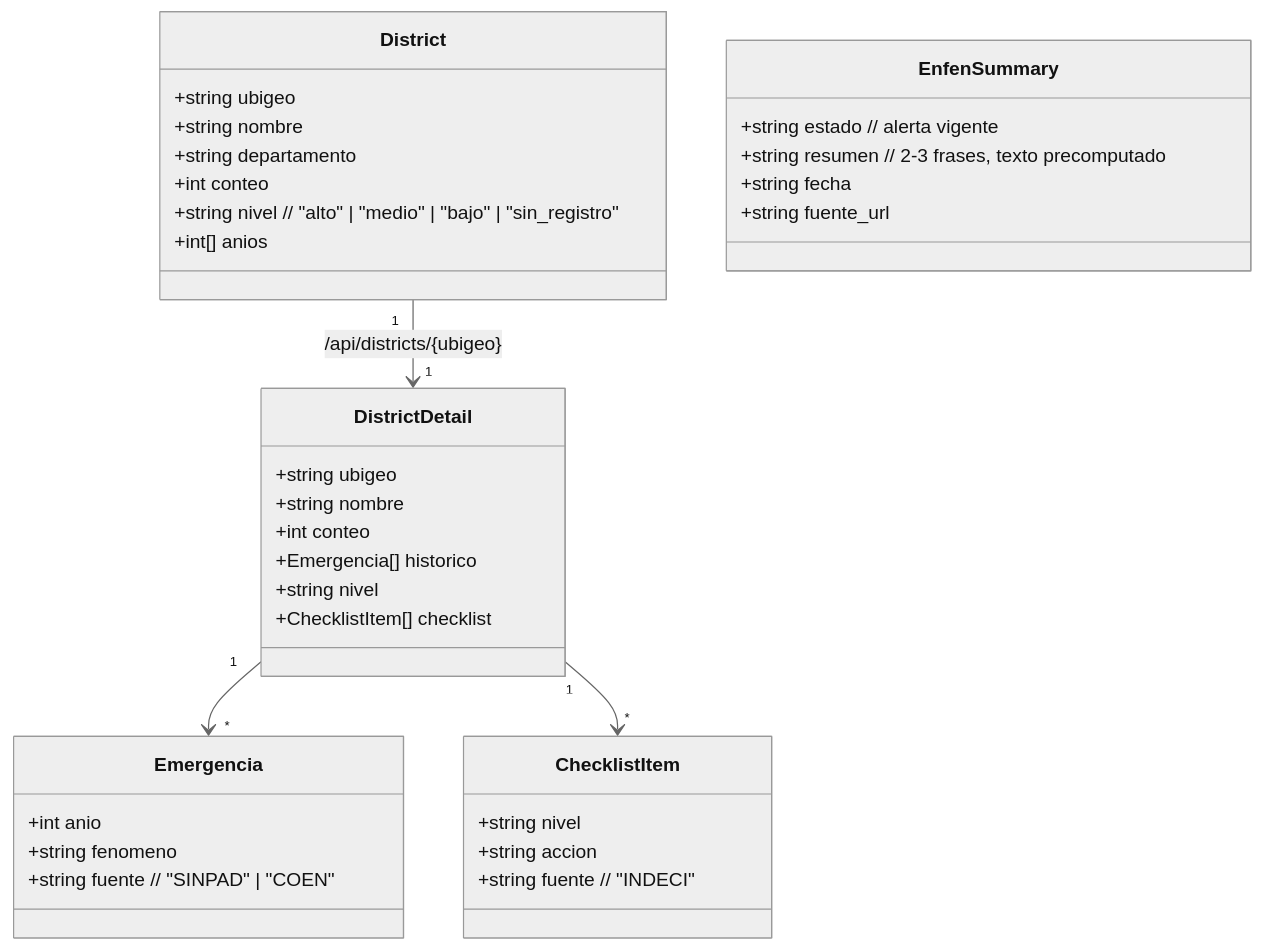
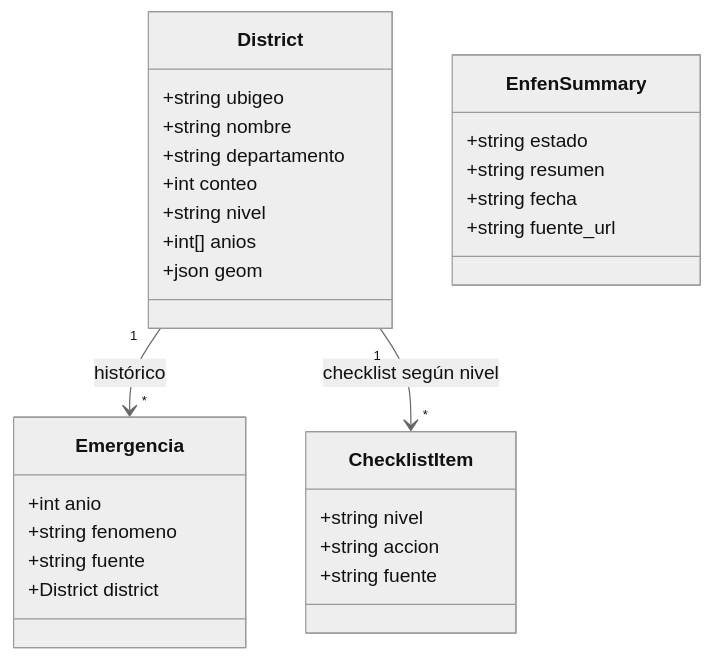
The fourth of 5 diagrams in docs/architecture.md (valerianadine99/hackaton-pucp-LTGM), drawn with Mermaid (neutral theme) before and after one commit. The commit also changed other lines of this file and 3 other files, not shown here.

````diff
--- a/docs/architecture.md
+++ b/docs/architecture.md
@@ -110,38 +151,31 @@
 ```mermaid
 classDiagram
     class District {
         +string ubigeo
         +string nombre
         +string departamento
         +int conteo
-        +string nivel  // "alto" | "medio" | "bajo" | "sin_registro"
+        +string nivel
         +int[] anios
-    }
-    class DistrictDetail {
-        +string ubigeo
-        +string nombre
-        +int conteo
-        +Emergencia[] historico
-        +string nivel
-        +ChecklistItem[] checklist
+        +json geom
     }
     class Emergencia {
         +int anio
         +string fenomeno
-        +string fuente  // "SINPAD" | "COEN"
+        +string fuente
+        +District district
     }
     class ChecklistItem {
         +string nivel
         +string accion
-        +string fuente  // "INDECI"
+        +string fuente
     }
     class EnfenSummary {
-        +string estado     // alerta vigente
-        +string resumen    // 2-3 frases, texto precomputado
+        +string estado
+        +string resumen
         +string fecha
         +string fuente_url
     }
-    District "1" --> "1" DistrictDetail : /api/districts/{ubigeo}
-    DistrictDetail "1" --> "*" Emergencia
-    DistrictDetail "1" --> "*" ChecklistItem
+    District "1" --> "*" Emergencia : histórico
+    District "1" --> "*" ChecklistItem : checklist según nivel
 ```
````
